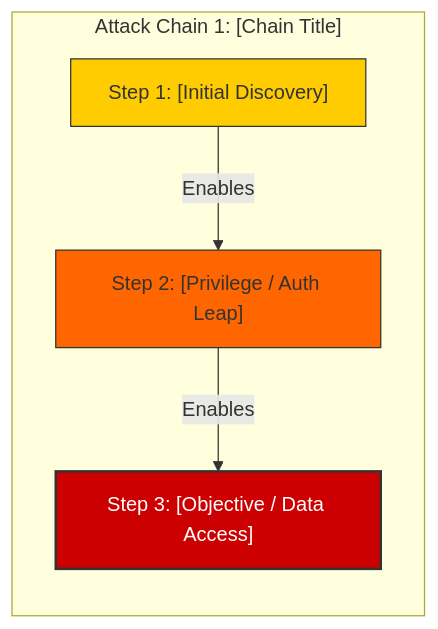
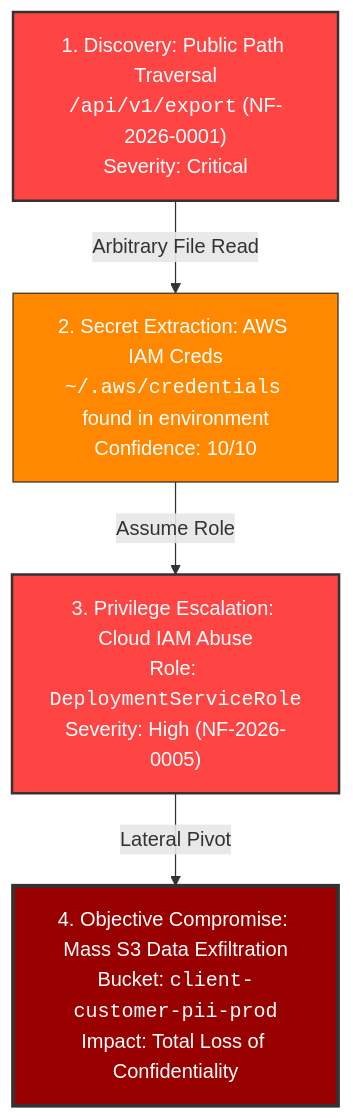
One commit to MShrinath/nightfang changed the second of 2 diagrams in templates/full_report_template.md. Above: the diagram before and after it, drawn with Mermaid. The commit also changed other lines of this file and 64 other files, not shown here.

````diff
--- a/templates/full_report_template.md
+++ b/templates/full_report_template.md
@@ -71,10 +212,11 @@
 ```mermaid
-graph LR
-    subgraph "Attack Chain 1: [Chain Title]"
-        A["Step 1: [Initial Discovery]"] -->|Enables| B["Step 2: [Privilege / Auth Leap]"]
-        B -->|Enables| C["Step 3: [Objective / Data Access]"]
-    end
-    style A fill:#ffcc00,stroke:#333,stroke-width:1px
-    style B fill:#ff6600,stroke:#333,stroke-width:1px
-    style C fill:#cc0000,stroke:#333,stroke-width:2px,color:#fff
+graph TD
+    A["1. Discovery: Public Path Traversal<br/><code>/api/v1/export</code> (NF-2026-0001)<br/>Severity: Critical"] -->|Arbitrary File Read| B["2. Secret Extraction: AWS IAM Creds<br/><code>~/.aws/credentials</code> found in environment<br/>Confidence: 10/10"]
+    B -->|Assume Role| C["3. Privilege Escalation: Cloud IAM Abuse<br/>Role: <code>DeploymentServiceRole</code><br/>Severity: High (NF-2026-0005)"]
+    C -->|Lateral Pivot| D["4. Objective Compromise: Mass S3 Data Exfiltration<br/>Bucket: <code>client-customer-pii-prod</code><br/>Impact: Total Loss of Confidentiality"]
+    
+    style A fill:#ff4444,stroke:#333,stroke-width:2px,color:#fff
+    style B fill:#ff8800,stroke:#333,stroke-width:1px,color:#fff
+    style C fill:#ff4444,stroke:#333,stroke-width:2px,color:#fff
+    style D fill:#990000,stroke:#333,stroke-width:3px,color:#fff
 ```
````
